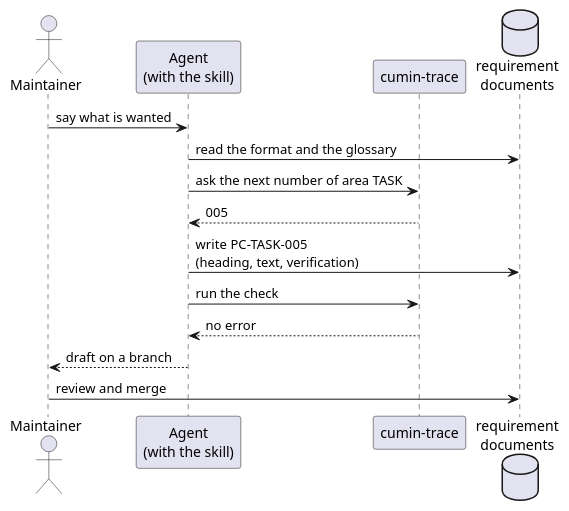
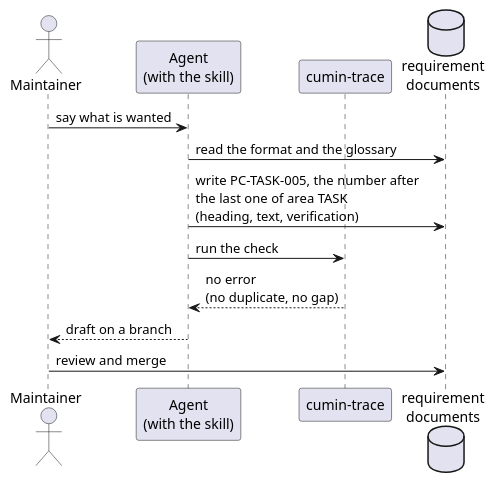
Before and after one commit to cloveclovedev/cumin-trace: the diagram in docs/ja/requirements/templates/templates-authoring.puml, drawn with PlantUML. The commit also changed 4 other files, not shown here.

First line of the commit message:
docs(requirements): find a gap in the numbers with the check, and remove the next-number requirement (#11)

```diff
--- a/docs/ja/requirements/templates/templates-authoring.puml
+++ b/docs/ja/requirements/templates/templates-authoring.puml
@@ -1,18 +1,16 @@
 @startuml templates-authoring
 skinparam shadowing false
 
 actor Maintainer
 participant "Agent\n(with the skill)" as agent
 participant "cumin-trace" as ct
 database "requirement\ndocuments" as docs
 
 Maintainer -> agent : say what is wanted
 agent -> docs : read the format and the glossary
-agent -> ct : ask the next number of area TASK
-ct --> agent : 005
-agent -> docs : write PC-TASK-005\n(heading, text, verification)
+agent -> docs : write PC-TASK-005, the number after\nthe last one of area TASK\n(heading, text, verification)
 agent -> ct : run the check
-ct --> agent : no error
+ct --> agent : no error\n(no duplicate, no gap)
 agent --> Maintainer : draft on a branch
 Maintainer -> docs : review and merge
 @enduml
```
